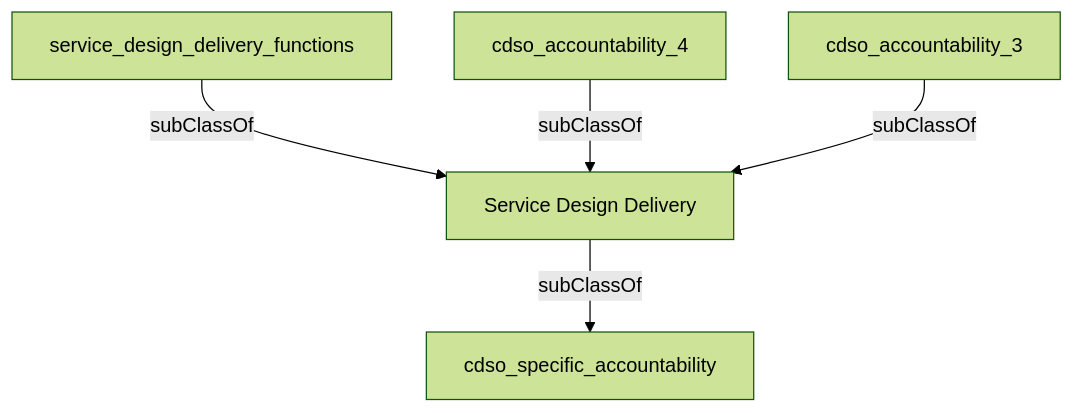
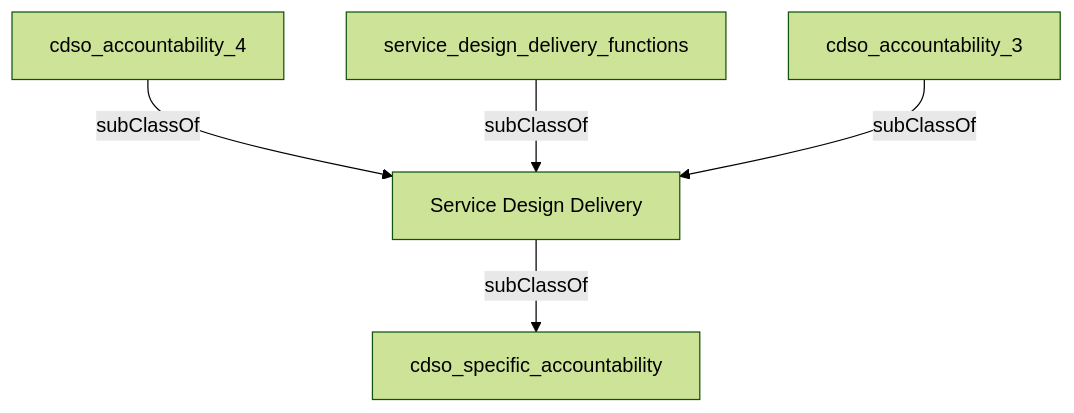
One commit to heidingaway/heidi2 changed the diagram in content/accountabilities/service_design_delivery.md. Above: the diagram before and after it, drawn with Mermaid (forest theme). The commit also changed other lines of this file and 372 other files, not shown here.

````diff
--- a/content/accountabilities/service_design_delivery.md
+++ b/content/accountabilities/service_design_delivery.md
@@ -28,12 +23,12 @@
 ```mermaid
 graph TD
   Service_Design_Delivery["Service Design Delivery"]:::current-page-node
   cdso_specific_accountability["cdso_specific_accountability"]
   cdso_accountability_3["cdso_accountability_3"]
   cdso_accountability_4["cdso_accountability_4"]
   service_design_delivery_functions["service_design_delivery_functions"]
+  cdso_accountability_4-->|" subClassOf "|Service_Design_Delivery
+  Service_Design_Delivery-->|" subClassOf "|cdso_specific_accountability
   service_design_delivery_functions-->|" subClassOf "|Service_Design_Delivery
-  Service_Design_Delivery-->|" subClassOf "|cdso_specific_accountability
-  cdso_accountability_4-->|" subClassOf "|Service_Design_Delivery
   cdso_accountability_3-->|" subClassOf "|Service_Design_Delivery
 ```
````
